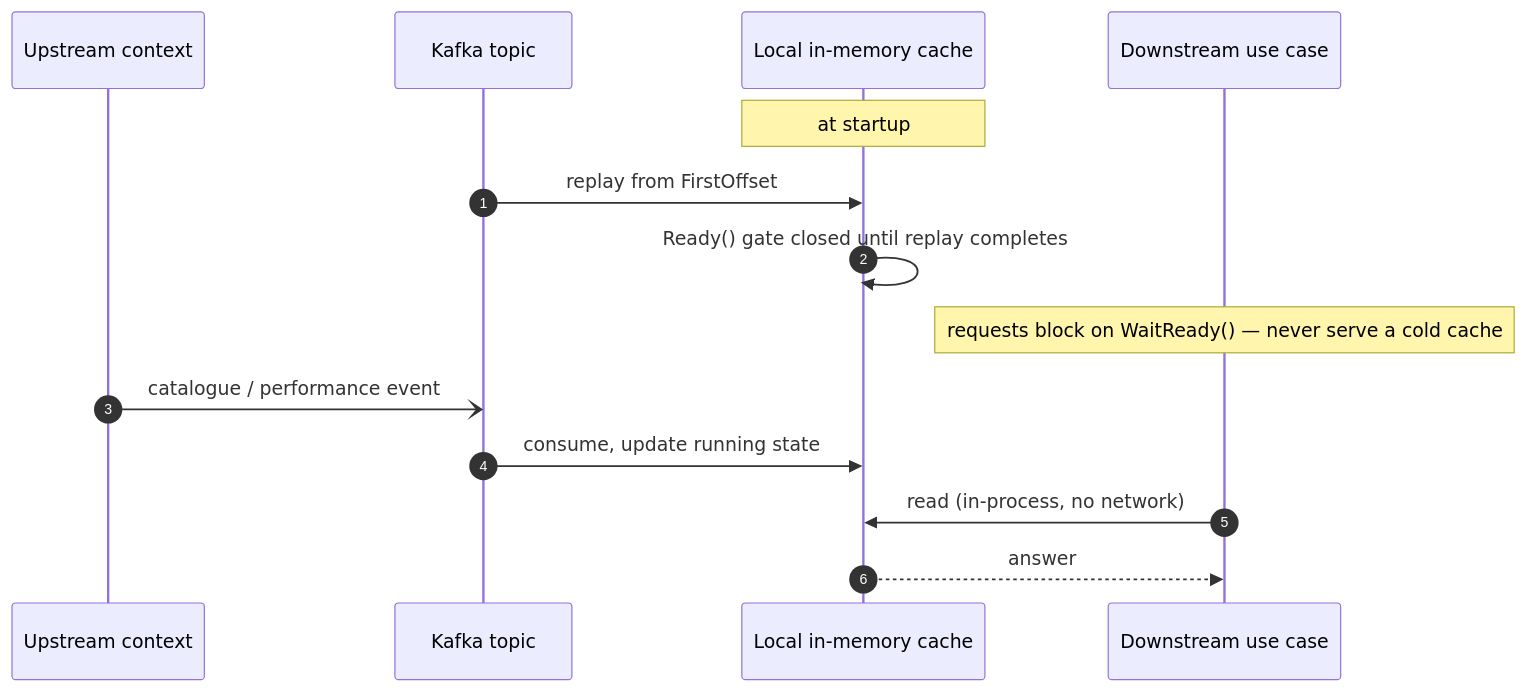
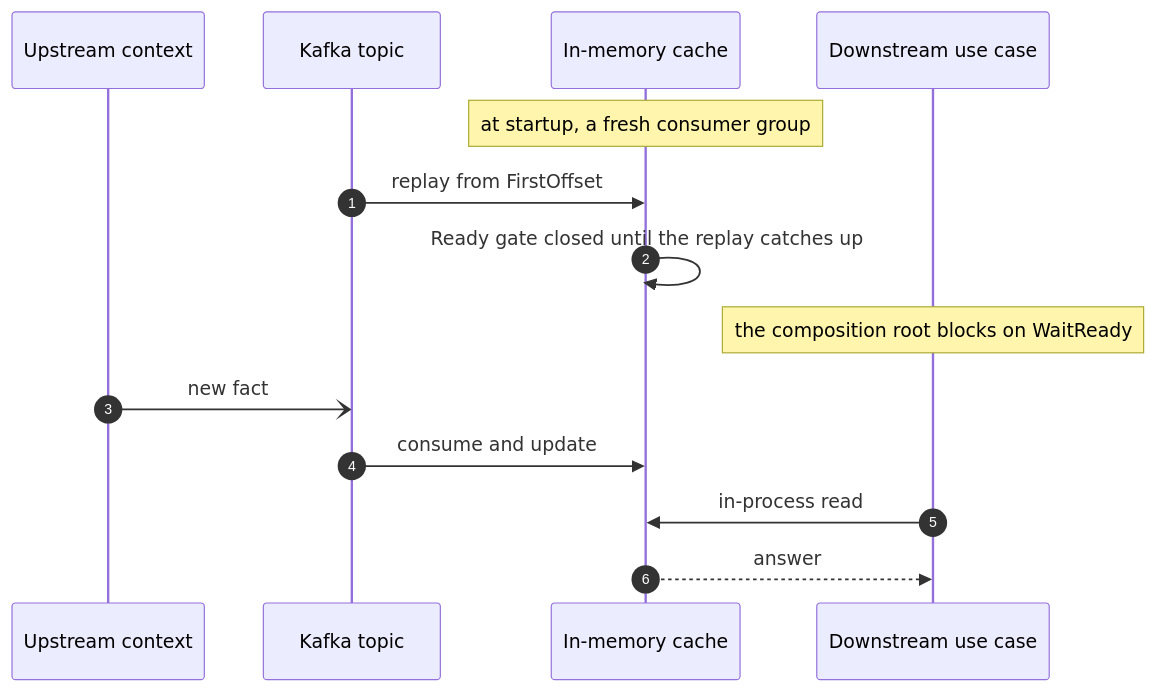
The eighth of 9 diagrams in docs/architecture/runtime-flows.md (IQVO/warehouse-docs), drawn with Mermaid before and after one commit. The commit also changed other lines of this file and 717 other files, not shown here.

````diff
--- a/docs/architecture/runtime-flows.md
+++ b/docs/architecture/runtime-flows.md
@@ -265,19 +370,19 @@
 ```mermaid
 sequenceDiagram
     autonumber
     participant U as Upstream context
     participant K as Kafka topic
-    participant Cache as Local in-memory cache
+    participant C as In-memory cache
     participant D as Downstream use case
 
-    Note over Cache: at startup
-    K->>Cache: replay from FirstOffset
-    Cache->>Cache: Ready() gate closed until replay completes
-    Note over D: requests block on WaitReady() — never serve a cold cache
+    Note over C: at startup, a fresh consumer group
+    K->>C: replay from FirstOffset
+    C->>C: Ready gate closed until the replay catches up
+    Note over D: the composition root blocks on WaitReady
 
-    U-)K: catalogue / performance event
-    K->>Cache: consume, update running state
+    U-)K: new fact
+    K->>C: consume and update
 
-    D->>Cache: read (in-process, no network)
-    Cache-->>D: answer
+    D->>C: in-process read
+    C-->>D: answer
 ```
````
